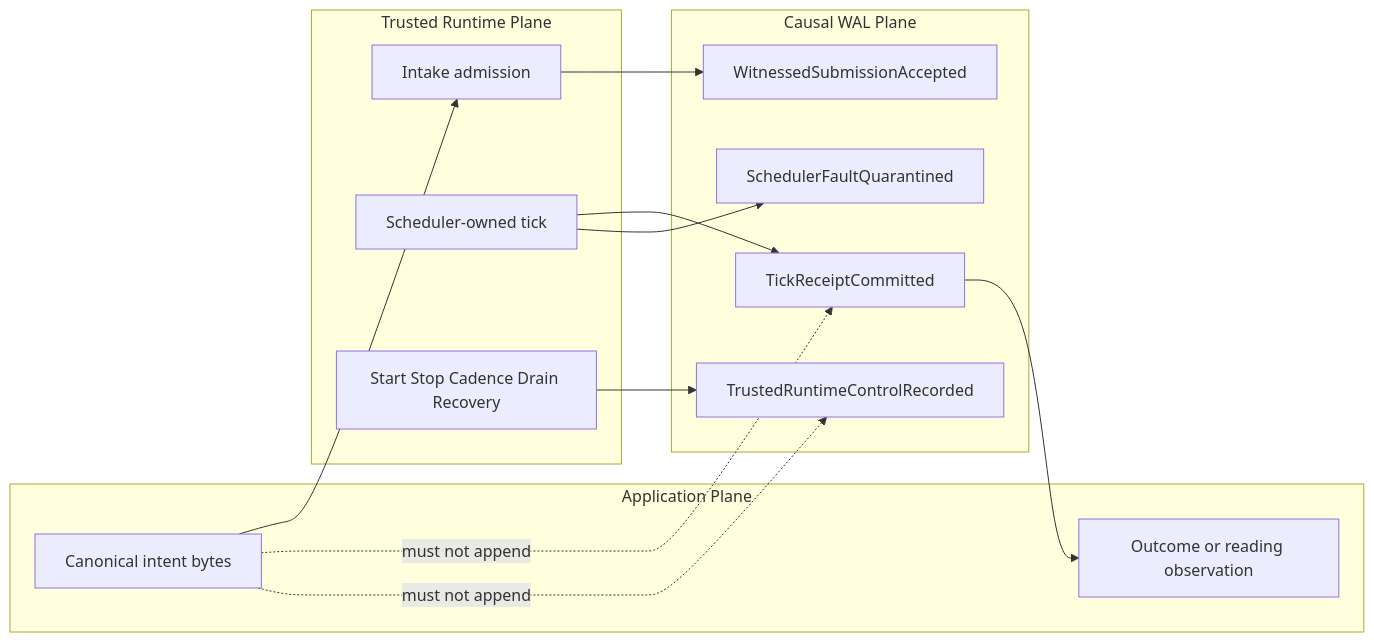
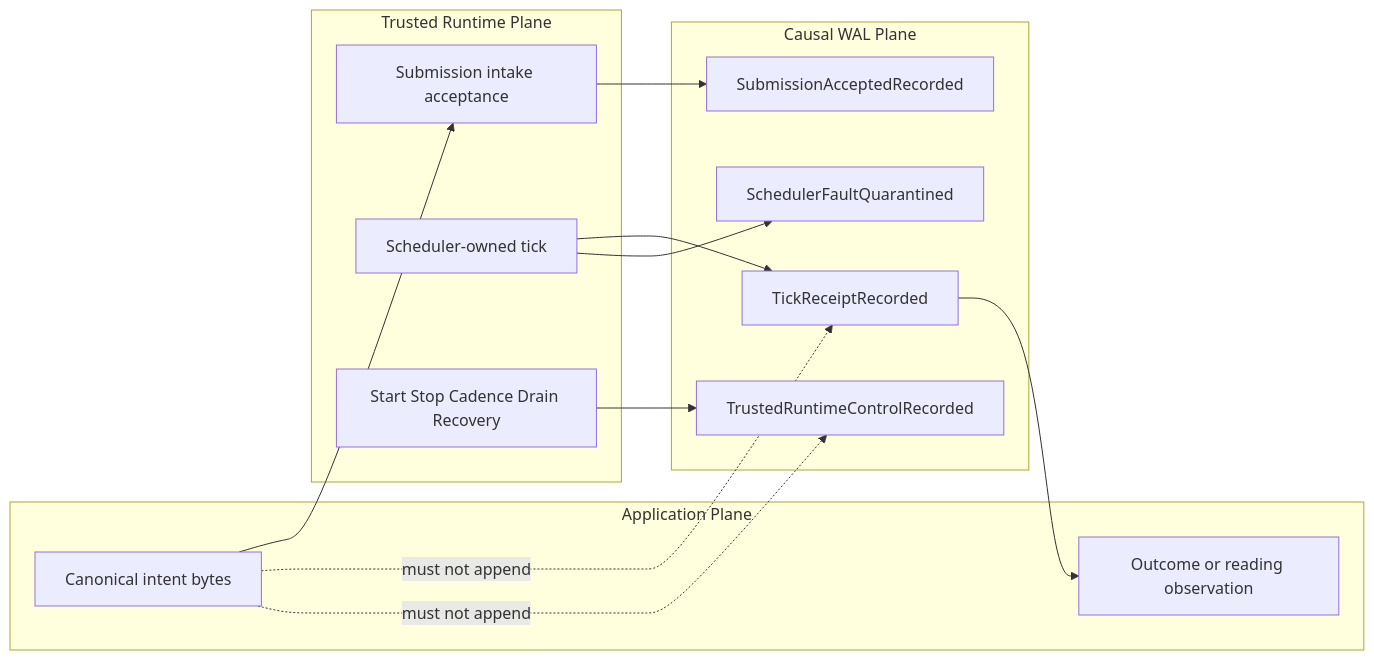
Before and after one commit to flyingrobots/echo: the second of 15 diagrams in docs/design/causal-wal-end-to-end.md, drawn with Mermaid. The commit also changed other lines of this file and 4 other files, not shown here.

````diff
--- a/docs/design/causal-wal-end-to-end.md
+++ b/docs/design/causal-wal-end-to-end.md
@@ -96,30 +98,30 @@
 ```mermaid
 flowchart LR
     subgraph AppPlane[Application Plane]
         CanonicalIntent[Canonical intent bytes]
         AppObserve[Outcome or reading observation]
     end
 
     subgraph RuntimePlane[Trusted Runtime Plane]
-        Intake[Intake admission]
+        Intake[Submission intake acceptance]
         Scheduler[Scheduler-owned tick]
         RuntimeControl[Start Stop Cadence Drain Recovery]
     end
 
     subgraph WalPlane[Causal WAL Plane]
-        SubmissionRecord[WitnessedSubmissionAccepted]
-        TickRecord[TickReceiptCommitted]
+        SubmissionRecord[SubmissionAcceptedRecorded]
+        TickRecord[TickReceiptRecorded]
         ControlRecord[TrustedRuntimeControlRecorded]
         FaultRecord[SchedulerFaultQuarantined]
     end
 
     CanonicalIntent --> Intake
     Intake --> SubmissionRecord
     Scheduler --> TickRecord
     RuntimeControl --> ControlRecord
     Scheduler --> FaultRecord
     TickRecord --> AppObserve
 
     CanonicalIntent -. must not append .-> TickRecord
     CanonicalIntent -. must not append .-> ControlRecord
 ```
````
